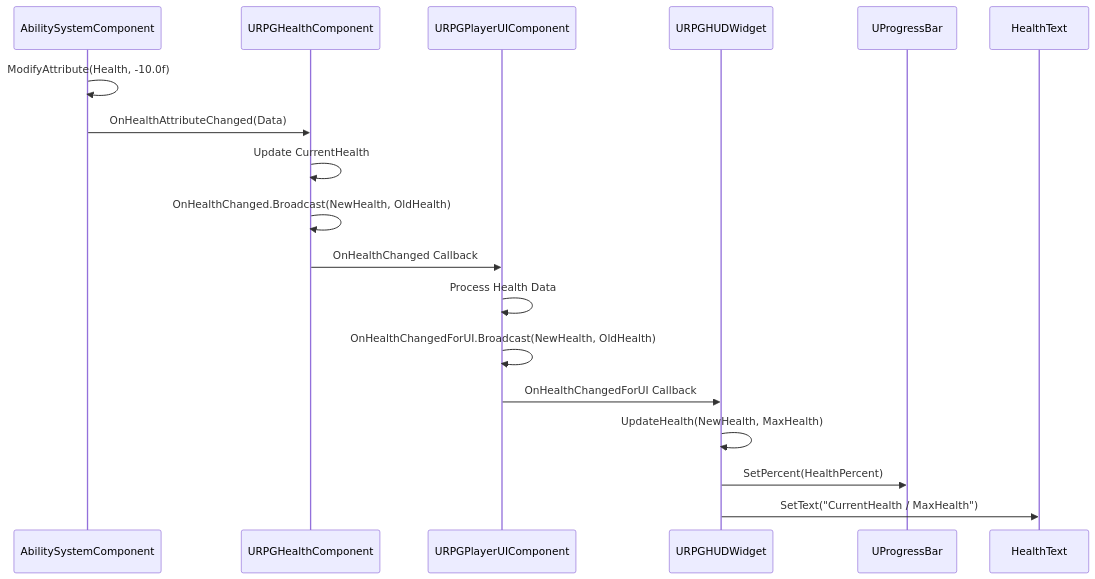
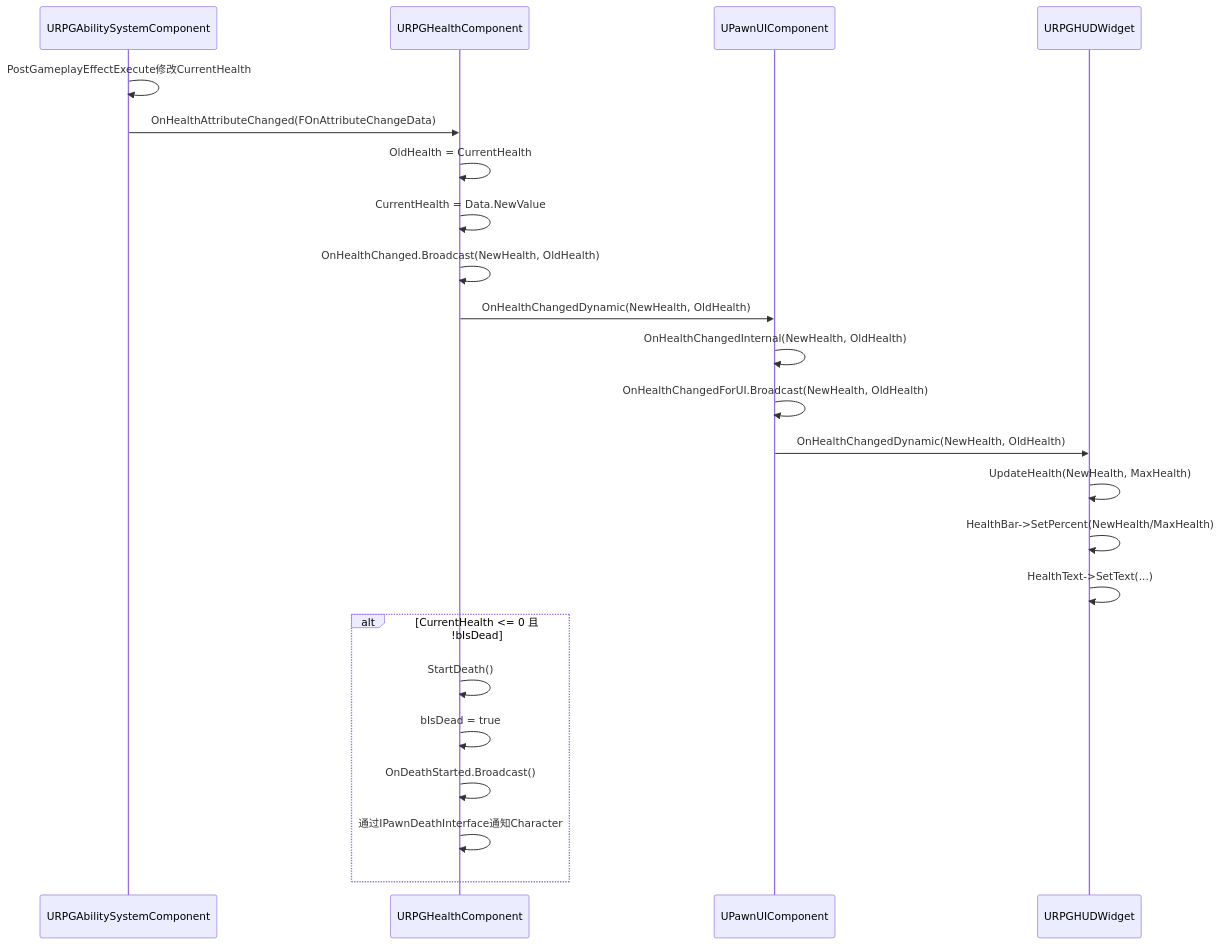
One commit to ARK31415/RPG changed the second of 21 diagrams in Source/Docs/DetailedDesign.md. Above: the diagram before and after it, drawn with Mermaid. The commit also changed other lines of this file and 11 other files, not shown here.

````diff
--- a/Source/Docs/DetailedDesign.md
+++ b/Source/Docs/DetailedDesign.md
@@ -167,20 +93,26 @@
 ```mermaid
 sequenceDiagram
-    participant ASC as AbilitySystemComponent
+    participant ASC as URPGAbilitySystemComponent
     participant Health as URPGHealthComponent
-    participant UI as URPGPlayerUIComponent
+    participant PUI as UPawnUIComponent
     participant HUD as URPGHUDWidget
-    participant HealthBar as UProgressBar
     
-    ASC->>ASC: ModifyAttribute(Health, -10.0f)
-    ASC->>Health: OnHealthAttributeChanged(Data)
-    Health->>Health: Update CurrentHealth
+    ASC->>ASC: PostGameplayEffectExecute修改CurrentHealth
+    ASC->>Health: OnHealthAttributeChanged(FOnAttributeChangeData)
+    Health->>Health: OldHealth = CurrentHealth
+    Health->>Health: CurrentHealth = Data.NewValue
     Health->>Health: OnHealthChanged.Broadcast(NewHealth, OldHealth)
-    Health->>UI: OnHealthChanged Callback
-    UI->>UI: Process Health Data
-    UI->>UI: OnHealthChangedForUI.Broadcast(NewHealth, OldHealth)
-    UI->>HUD: OnHealthChangedForUI Callback
+    Health->>PUI: OnHealthChangedDynamic(NewHealth, OldHealth)
+    PUI->>PUI: OnHealthChangedInternal(NewHealth, OldHealth)
+    PUI->>PUI: OnHealthChangedForUI.Broadcast(NewHealth, OldHealth)
+    PUI->>HUD: OnHealthChangedDynamic(NewHealth, OldHealth)
     HUD->>HUD: UpdateHealth(NewHealth, MaxHealth)
-    HUD->>HealthBar: SetPercent(HealthPercent)
-    HUD->>HealthText: SetText("CurrentHealth / MaxHealth")
+    HUD->>HUD: HealthBar->SetPercent(NewHealth/MaxHealth)
+    HUD->>HUD: HealthText->SetText(...)
+    alt CurrentHealth <= 0 且 !bIsDead
+        Health->>Health: StartDeath()
+        Health->>Health: bIsDead = true
+        Health->>Health: OnDeathStarted.Broadcast()
+        Health->>Health: 通过IPawnDeathInterface通知Character
+    end
 ```
````
